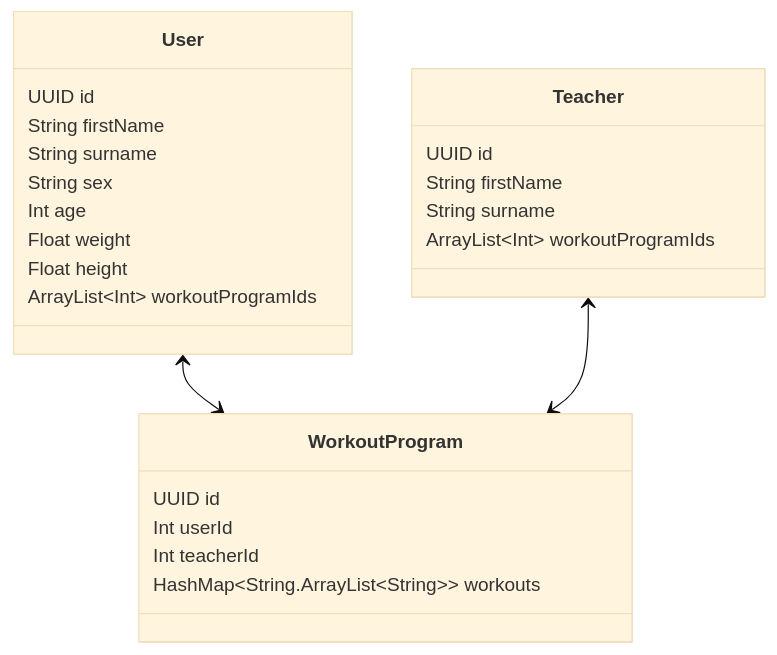
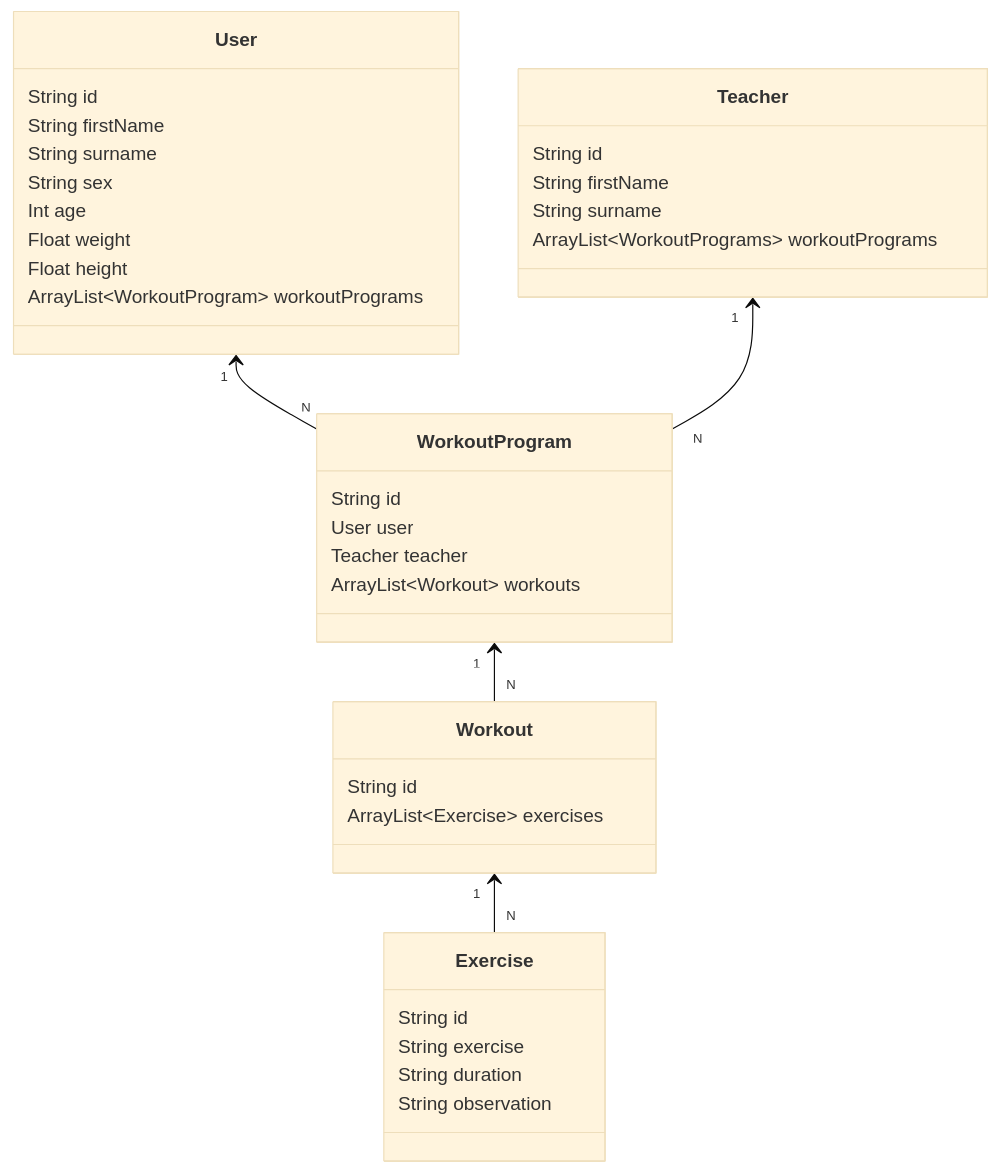
Before and after one commit to Ednaxx/dio-santander-restful-api: the diagram in README.md, drawn with Mermaid (base theme). The commit also changed other lines of this file, not shown here.

````diff
--- a/README.md
+++ b/README.md
@@ -4,28 +6,40 @@
 ```mermaid
  classDiagram
-    User <--> WorkoutProgram
-    Teacher <--> WorkoutProgram
+    User "1" <-- "N" WorkoutProgram
+    Teacher "1" <-- "N" WorkoutProgram
+    WorkoutProgram "1" <-- "N" Workout
+    Workout "1" <-- "N" Exercise
 
     class User {
-        UUID id
+        String id
         String firstName
         String surname
         String sex
         Int age
         Float weight
         Float height
-        ArrayList~Int~ workoutProgramIds
+        ArrayList~WorkoutProgram~ workoutPrograms
     }
     class Teacher {
-        UUID id
+        String id
         String firstName
         String surname
-        ArrayList~Int~ workoutProgramIds
+        ArrayList~WorkoutPrograms~ workoutPrograms
     }
     class WorkoutProgram {
-        UUID id
-        Int userId
-        Int teacherId
-        HashMap~String.ArrayList~String~~ workouts
+        String id
+        User user
+        Teacher teacher
+        ArrayList~Workout~ workouts
+    }
+    class Workout {
+        String id
+        ArrayList~Exercise~ exercises
+    }
+    class Exercise {
+        String id
+        String exercise
+        String duration
+        String observation
     }
 ```
````
